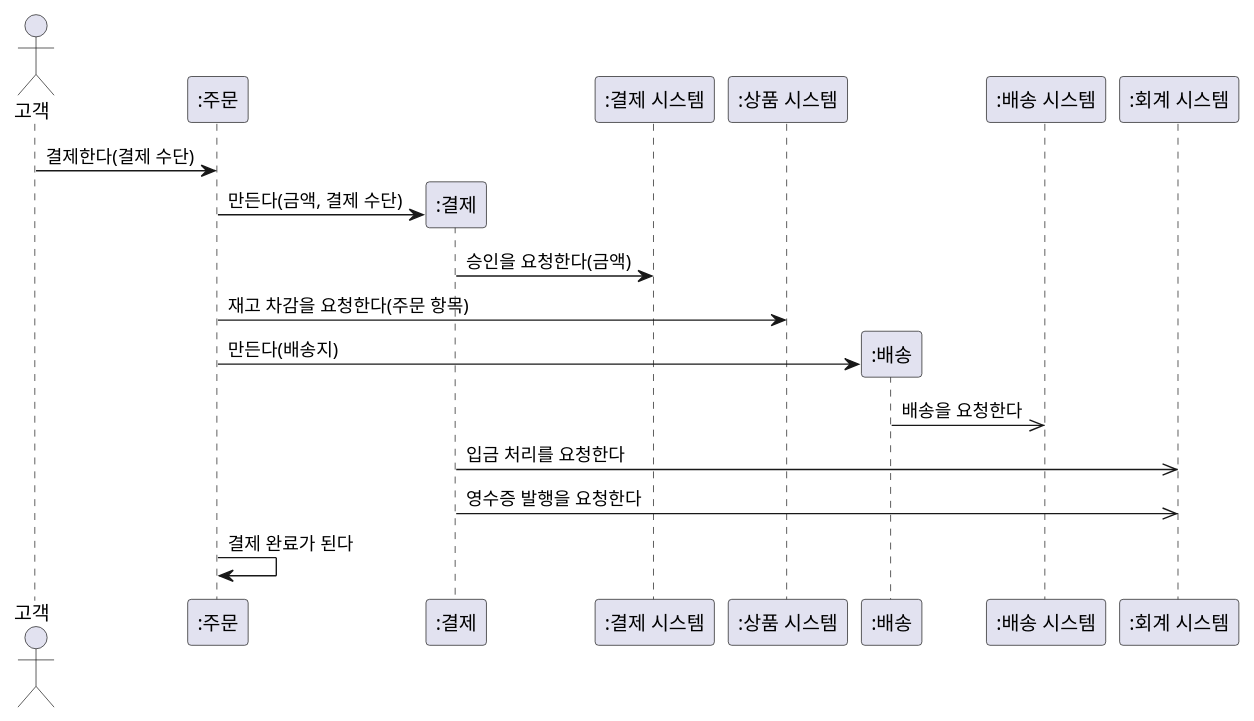
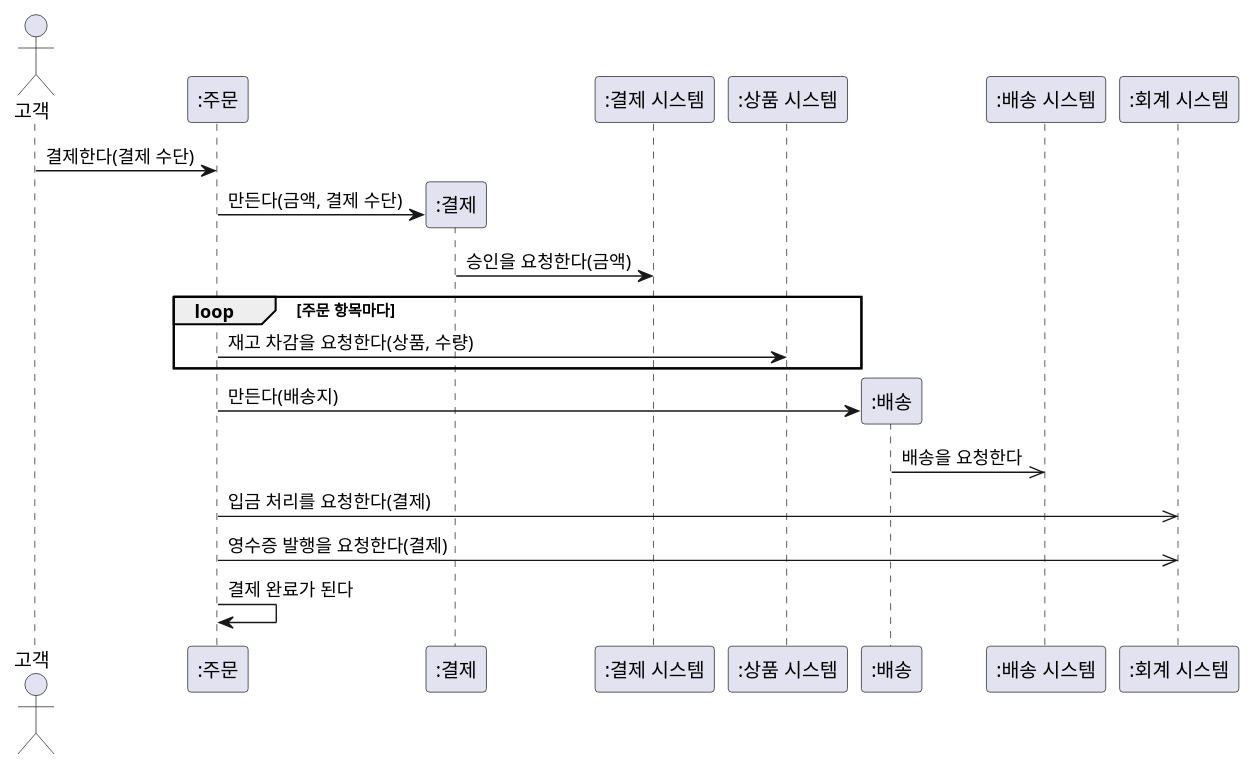
The eighth of 23 diagrams in courses/ooad/sessions/s04.md (YoungSan77/TrainingMaterials), drawn with PlantUML before and after one commit. The commit also changed other lines of this file and 51 other files, not shown here.

````diff
--- a/courses/ooad/sessions/s04.md
+++ b/courses/ooad/sessions/s04.md
@@ -777,21 +875,23 @@
 ```plantuml:sequence
 @startuml
 actor "고객" as C
 participant ":주문" as O
 C -> O : 결제한다(결제 수단)
 create participant ":결제" as Y
 O -> Y : 만든다(금액, 결제 수단)
 participant ":결제 시스템" as X
 Y -> X : 승인을 요청한다(금액)
 participant ":상품 시스템" as G
-O -> G : 재고 차감을 요청한다(주문 항목)
+loop 주문 항목마다
+  O -> G : 재고 차감을 요청한다(상품, 수량)
+end
 create participant ":배송" as D
 O -> D : 만든다(배송지)
 participant ":배송 시스템" as DS
 D ->> DS : 배송을 요청한다
 participant ":회계 시스템" as A
-Y ->> A : 입금 처리를 요청한다
-Y ->> A : 영수증 발행을 요청한다
+O ->> A : 입금 처리를 요청한다(결제)
+O ->> A : 영수증 발행을 요청한다(결제)
 O -> O : 결제 완료가 된다
 @enduml
 ```
````
